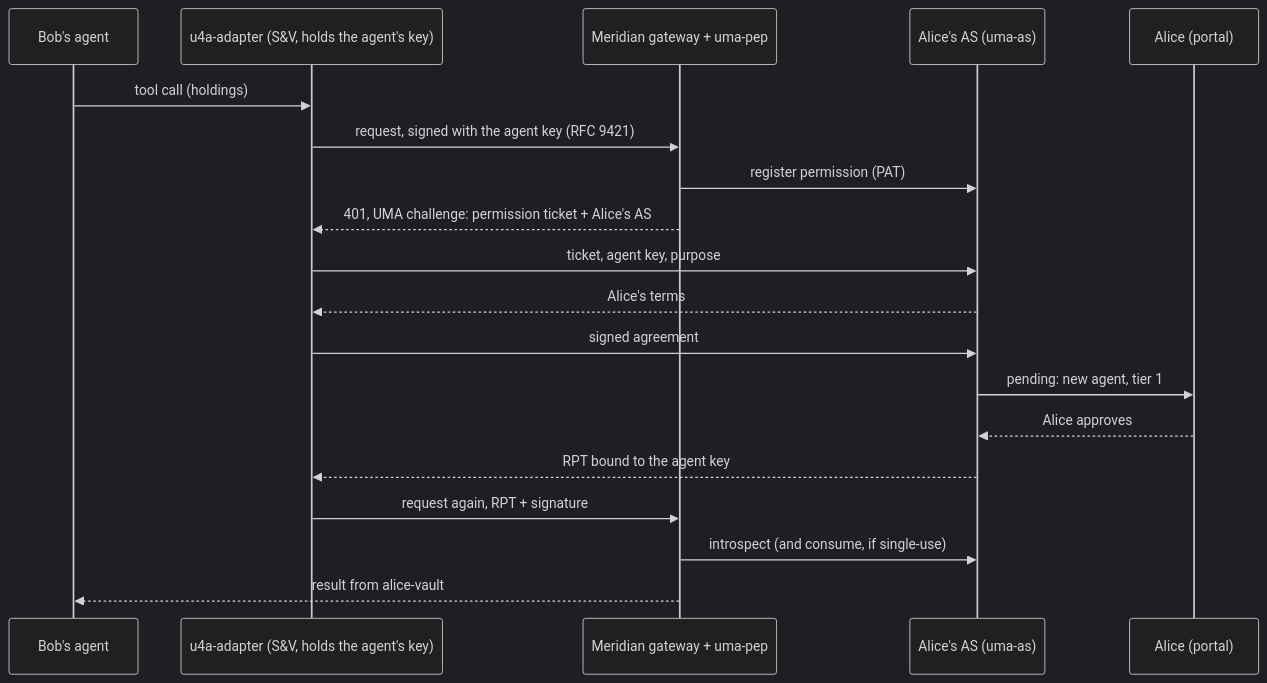
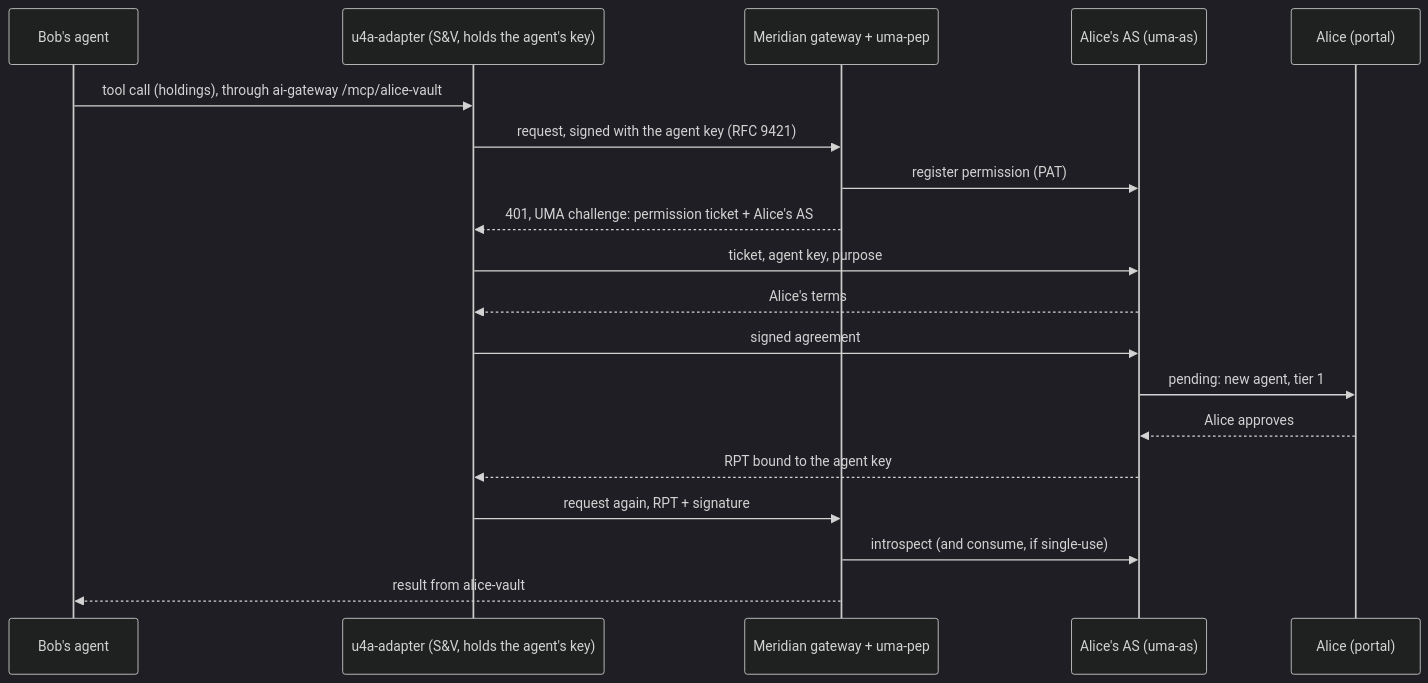
One commit to nickgamb/solo-lab changed the third of 3 diagrams in docs/IDENTITY-FLOWS.md. Above: the diagram before and after it, drawn with Mermaid (dark theme). The commit also changed other lines of this file and 39 other files, not shown here.

First line of the commit message:
Every MCP server sits behind the firm's gateway

````diff
--- a/docs/IDENTITY-FLOWS.md
+++ b/docs/IDENTITY-FLOWS.md
@@ -336,21 +370,21 @@
 ```mermaid
 sequenceDiagram
   participant A as Bob's agent
   participant U as u4a-adapter (S&V, holds the agent's key)
   participant M as Meridian gateway + uma-pep
   participant AS as Alice's AS (uma-as)
   participant P as Alice (portal)
-  A->>U: tool call (holdings)
+  A->>U: tool call (holdings), through ai-gateway /mcp/alice-vault
   U->>M: request, signed with the agent key (RFC 9421)
   M->>AS: register permission (PAT)
   M-->>U: 401, UMA challenge: permission ticket + Alice's AS
   U->>AS: ticket, agent key, purpose
   AS-->>U: Alice's terms
   U->>AS: signed agreement
   AS->>P: pending: new agent, tier 1
   P-->>AS: Alice approves
   AS-->>U: RPT bound to the agent key
   U->>M: request again, RPT + signature
   M->>AS: introspect (and consume, if single-use)
   M-->>A: result from alice-vault
 ```
````
